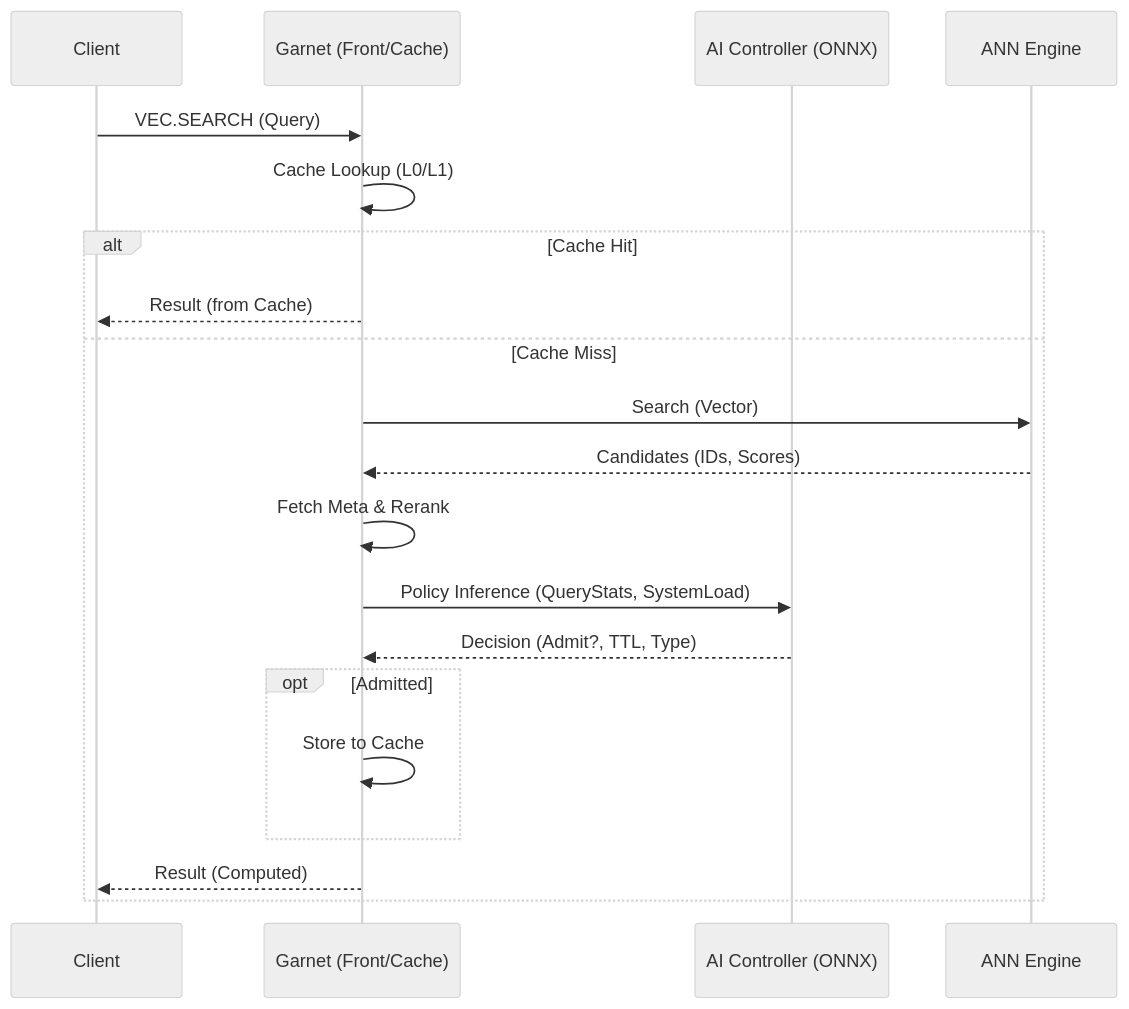
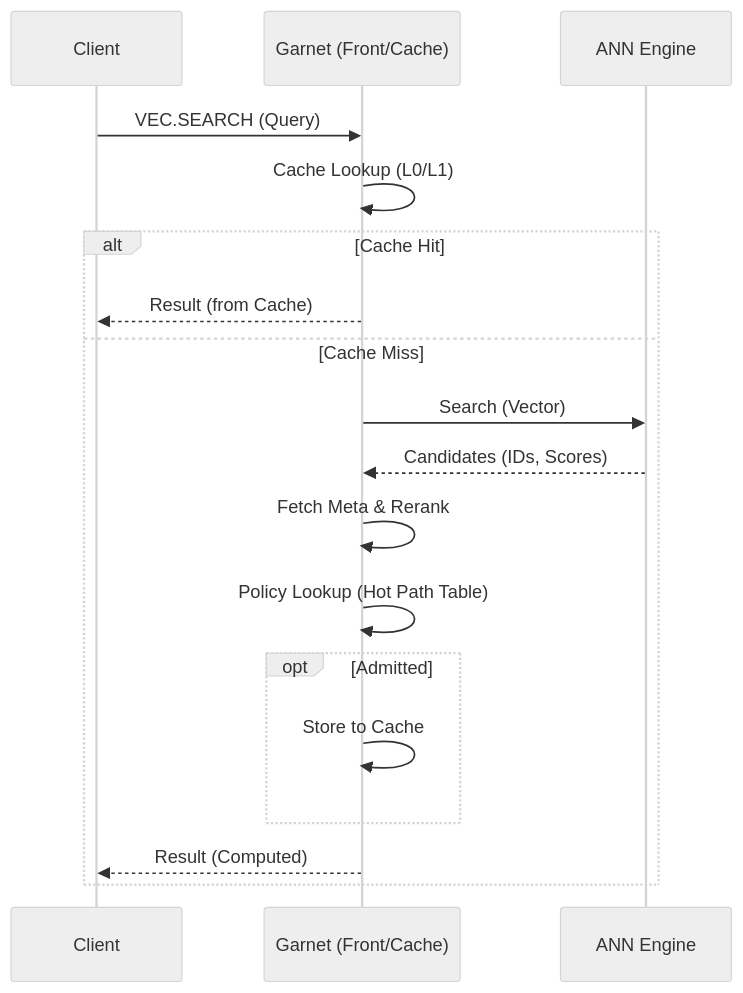
One commit to montoyamada/Pyrope changed the first of 3 diagrams in prompt/SPEC.md. Above: the diagram before and after it, drawn with Mermaid (neutral theme). The commit also changed other lines of this file and 1 other file, not shown here.

Commit message:
docs: add Gemini warm-path optimization

````diff
--- a/prompt/SPEC.md
+++ b/prompt/SPEC.md
@@ -102,23 +107,21 @@
 ```mermaid
 sequenceDiagram
     participant Client
     participant Front as Garnet (Front/Cache)
-    participant AI as AI Controller (ONNX)
     participant FAISS as ANN Engine
     
     Client->>Front: VEC.SEARCH (Query)
     Front->>Front: Cache Lookup (L0/L1)
     alt Cache Hit
         Front-->>Client: Result (from Cache)
     else Cache Miss
         Front->>FAISS: Search (Vector)
         FAISS-->>Front: Candidates (IDs, Scores)
         Front->>Front: Fetch Meta & Rerank
-        Front->>AI: Policy Inference (QueryStats, SystemLoad)
-        AI-->>Front: Decision (Admit?, TTL, Type)
+        Front->>Front: Policy Lookup (Hot Path Table)
         opt Admitted
             Front->>Front: Store to Cache
         end
         Front-->>Client: Result (Computed)
     end
 ```
````
